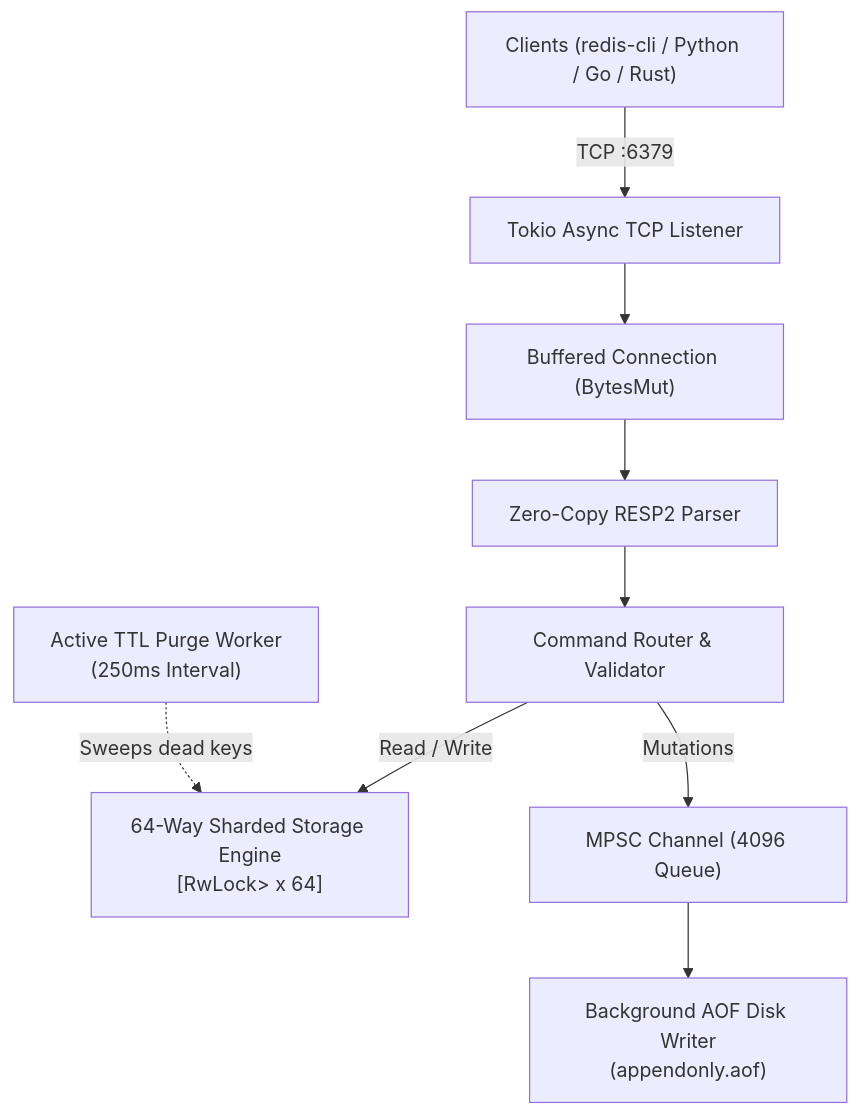
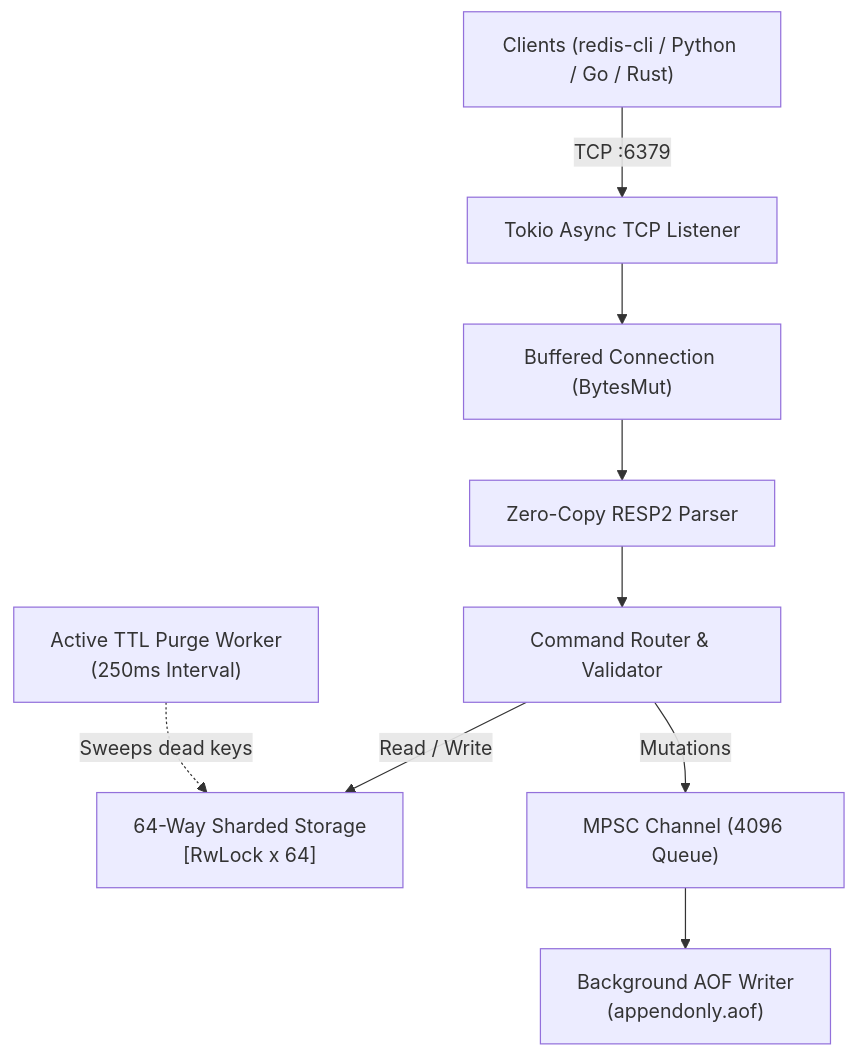
Before and after one commit to s3lfcoded/ferrite-kv: the diagram in README.md, drawn with Mermaid. The commit also changed other lines of this file, not shown here.

````diff
--- a/README.md
+++ b/README.md
@@ -37,13 +11,13 @@
 ```mermaid
 flowchart TD
     Client["Clients (redis-cli / Python / Go / Rust)"] -->|TCP :6379| Net["Tokio Async TCP Listener"]
     Net --> Conn["Buffered Connection (BytesMut)"]
     Conn --> Parser["Zero-Copy RESP2 Parser"]
     Parser --> Dispatcher["Command Router & Validator"]
     
-    Dispatcher -->|"Read / Write"| Shards["64-Way Sharded Storage Engine\n[RwLock<HashMap<String, Entry>> x 64]"]
+    Dispatcher -->|"Read / Write"| Shards["64-Way Sharded Storage\n[RwLock<HashMap> x 64]"]
     Dispatcher -->|"Mutations"| AOFChan["MPSC Channel (4096 Queue)"]
     
-    AOFChan --> AOFWriter["Background AOF Disk Writer\n(appendonly.aof)"]
+    AOFChan --> AOFWriter["Background AOF Writer\n(appendonly.aof)"]
     Worker["Active TTL Purge Worker\n(250ms Interval)"] -.->|"Sweeps dead keys"| Shards
 ```
````
